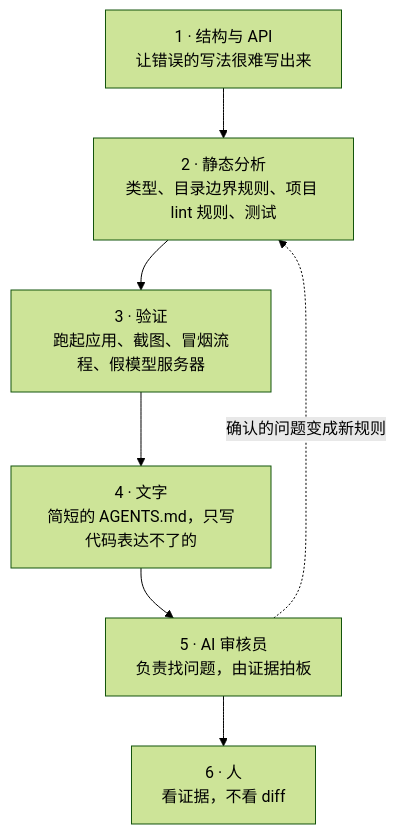
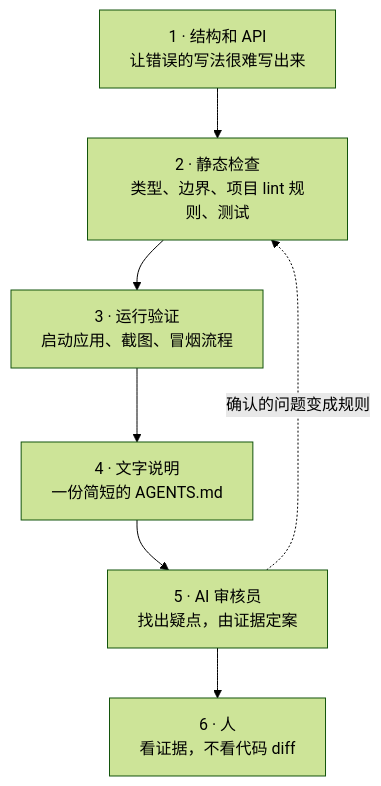
The diagram in README.zh-CN.md (Tim-rppl/trust-pyramid), drawn with Mermaid (forest theme) before and after one commit. The commit also changed other lines of this file and 2 other files, not shown here.

````diff
--- a/README.zh-CN.md
+++ b/README.zh-CN.md
@@ -49,9 +76,9 @@
 ```mermaid
 flowchart TB
-    A["1 · 结构与 API<br/>让错误的写法很难写出来"] --> B["2 · 静态分析<br/>类型、目录边界规则、项目 lint 规则、测试"]
-    B --> C["3 · 验证<br/>跑起应用、截图、冒烟流程、假模型服务器"]
-    C --> D["4 · 文字<br/>简短的 AGENTS.md，只写代码表达不了的"]
-    D --> E["5 · AI 审核员<br/>负责找问题，由证据拍板"]
-    E --> F["6 · 人<br/>看证据，不看 diff"]
-    E -. "确认的问题变成新规则" .-> B
+    A["1 · 结构和 API<br/>让错误的写法很难写出来"] --> B["2 · 静态检查<br/>类型、边界、项目 lint 规则、测试"]
+    B --> C["3 · 运行验证<br/>启动应用、截图、冒烟流程"]
+    C --> D["4 · 文字说明<br/>一份简短的 AGENTS.md"]
+    D --> E["5 · AI 审核员<br/>找出疑点，由证据定案"]
+    E --> F["6 · 人<br/>看证据，不看代码 diff"]
+    E -. "确认的问题变成规则" .-> B
 ```
````
